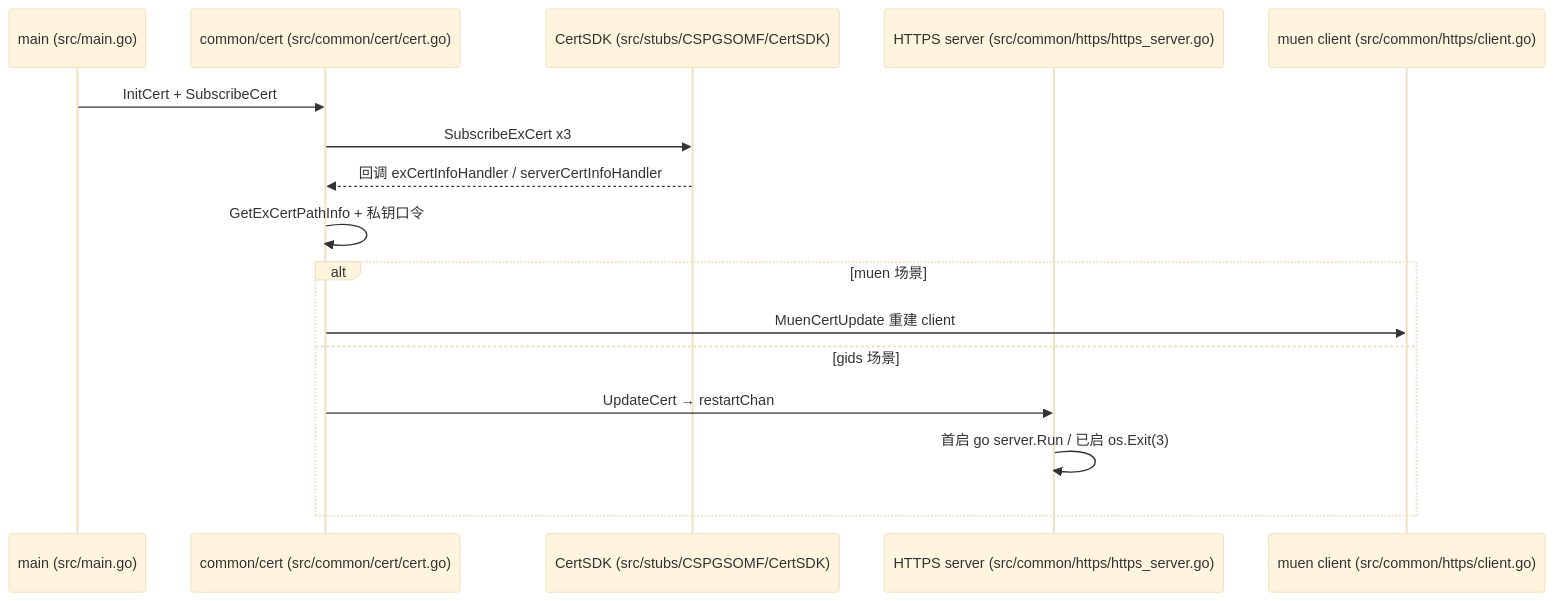
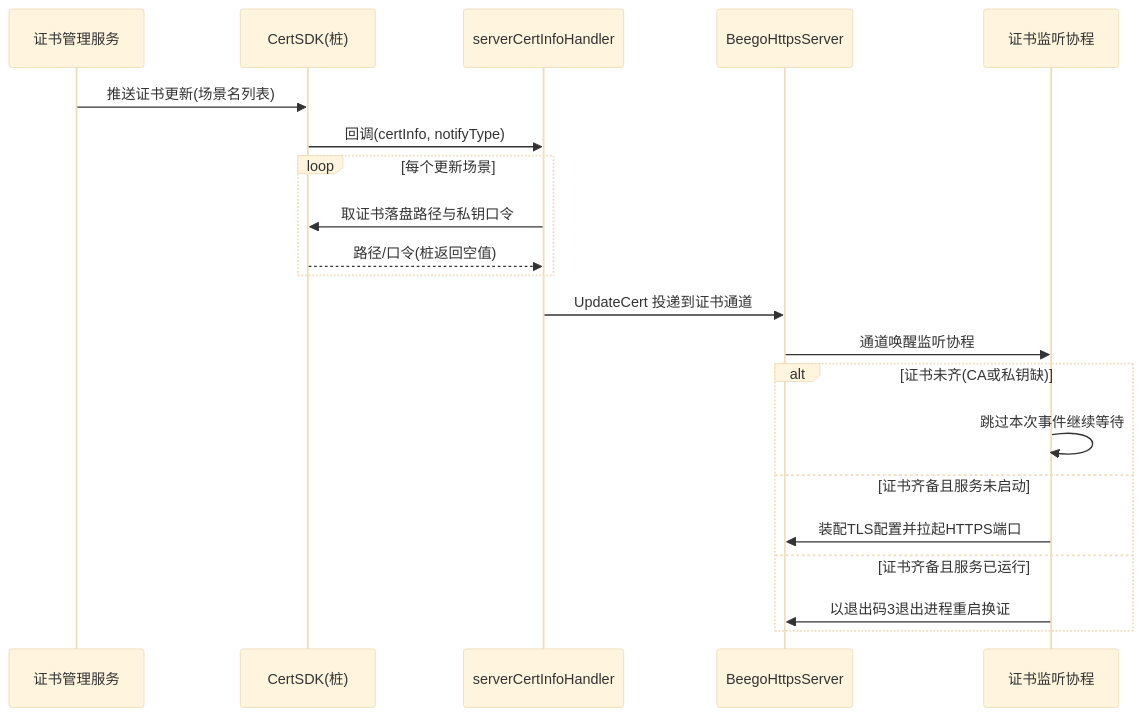
The fourth of 4 diagrams in docs/story/feature-cert-subscribe.md (CoreGeekASTL/AIAction), drawn with Mermaid (base theme) before and after one commit. The commit also changed other lines of this file and 6 other files, not shown here.

````diff
--- a/docs/story/feature-cert-subscribe.md
+++ b/docs/story/feature-cert-subscribe.md
@@ -102,18 +123,23 @@
 ```mermaid
 sequenceDiagram
-    participant M as main (src/main.go)
-    participant C as common/cert (src/common/cert/cert.go)
-    participant S as CertSDK (src/stubs/CSPGSOMF/CertSDK)
-    participant H as HTTPS server (src/common/https/https_server.go)
-    participant K as muen client (src/common/https/client.go)
-    M->>C: InitCert + SubscribeCert
-    C->>S: SubscribeExCert x3
-    S-->>C: 回调 exCertInfoHandler / serverCertInfoHandler
-    C->>C: GetExCertPathInfo + 私钥口令
-    alt muen 场景
-        C->>K: MuenCertUpdate 重建 client
-    else gids 场景
-        C->>H: UpdateCert → restartChan
-        H->>H: 首启 go server.Run / 已启 os.Exit(3)
-    end
+  participant CC as 证书管理服务
+  participant SDK as CertSDK(桩)
+  participant H as serverCertInfoHandler
+  participant Srv as BeegoHttpsServer
+  participant Mon as 证书监听协程
+  CC->>SDK: 推送证书更新(场景名列表)
+  SDK->>H: 回调(certInfo, notifyType)
+  loop 每个更新场景
+    H->>SDK: 取证书落盘路径与私钥口令
+    SDK-->>H: 路径/口令(桩返回空值)
+  end
+  H->>Srv: UpdateCert 投递到证书通道
+  Srv->>Mon: 通道唤醒监听协程
+  alt 证书未齐(CA或私钥缺)
+    Mon->>Mon: 跳过本次事件继续等待
+  else 证书齐备且服务未启动
+    Mon->>Srv: 装配TLS配置并拉起HTTPS端口
+  else 证书齐备且服务已运行
+    Mon->>Srv: 以退出码3退出进程重启换证
+  end
 ```
````
